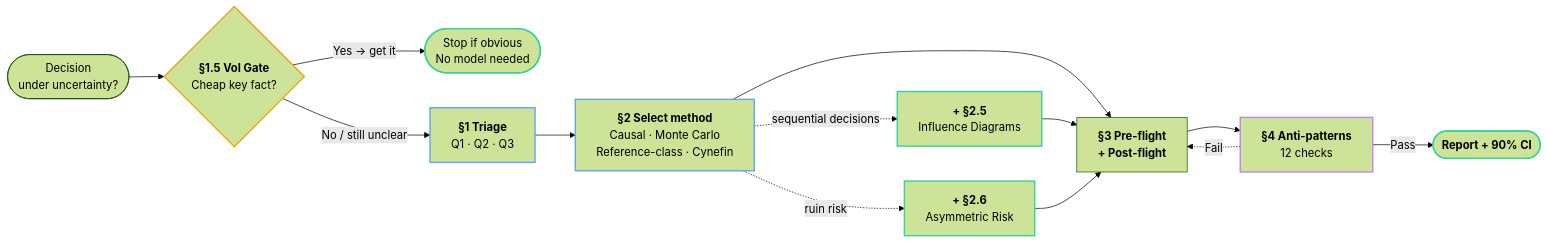
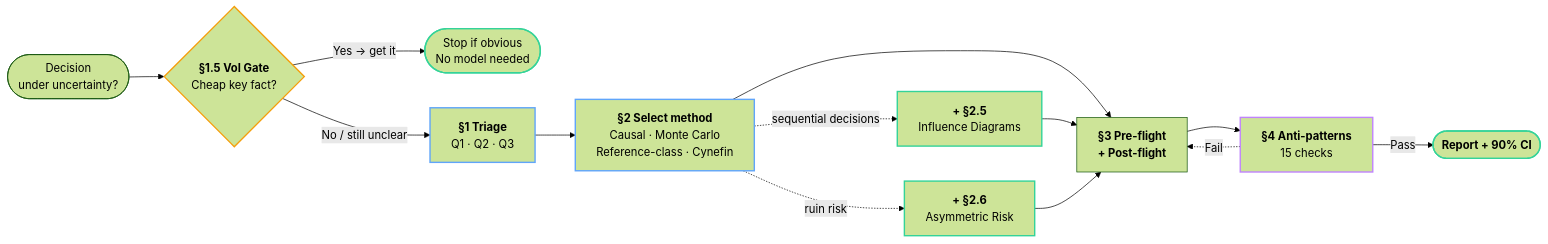
The first of 2 diagrams in content/notes/2026-05-21-General-Problem-Solving-Template.md (ayush111111/quartz), drawn with Mermaid (forest theme) before and after one commit. The commit also changed other lines of this file, not shown here.

First line of the commit message:
Upgrade decision framework to v1.5 — tail-class and unit stability checks

````diff
--- a/content/notes/2026-05-21-General-Problem-Solving-Template.md
+++ b/content/notes/2026-05-21-General-Problem-Solving-Template.md
@@ -29,45 +29,45 @@
 ```mermaid
 flowchart LR
     Start(["`Decision
 under uncertainty?`"]) --> S15
 
     S15{"`**§1.5 VoI Gate**
 Cheap key fact?`"}
     S15 -->|"Yes → get it"| Done(["`Stop if obvious
 No model needed`"])
     S15 -->|"No / still unclear"| S1
 
     S1["`**§1 Triage**
 Q1 · Q2 · Q3`"] --> S2
 
     S2["`**§2 Select method**
 Causal · Monte Carlo
 Reference-class · Cynefin`"]
 
     S2 --> S3
     S2 -.->|sequential decisions| S25["`**+ §2.5**
 Influence Diagrams`"]
     S2 -.->|ruin risk| S26["`**+ §2.6**
 Asymmetric Risk`"]
     S25 & S26 --> S3
 
     S3["`**§3 Pre-flight**
 **+ Post-flight**`"] --> S4
 
     S4["`**§4 Anti-patterns**
-12 checks`"]
+15 checks`"]
     S4 -->|Pass| Report(["`**Report + 90% CI**`"])
     S4 -.->|Fail| S3
 
     classDef method stroke:#60a5fa,stroke-width:2px
     classDef overlay stroke:#34d399,stroke-width:2px
     classDef check stroke:#c084fc,stroke-width:2px
     classDef terminal stroke:#34d399,stroke-width:2px
     classDef voi stroke:#f59e0b,stroke-width:2px
 
     class S1,S2 method
     class S25,S26 overlay
     class S4 check
     class Report,Done terminal
     class S15 voi
 ```
````
